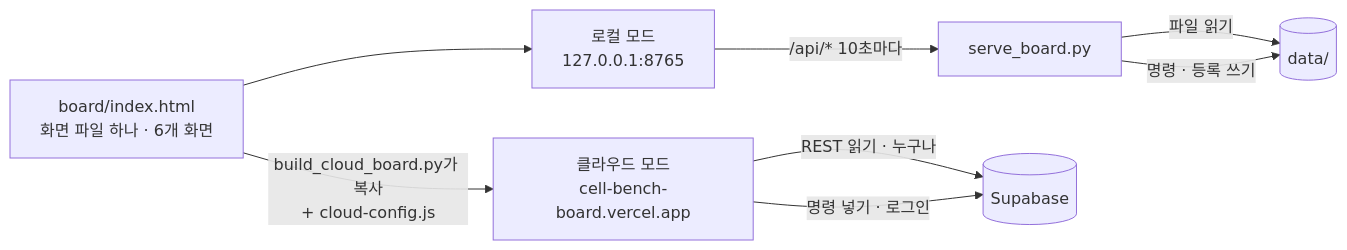
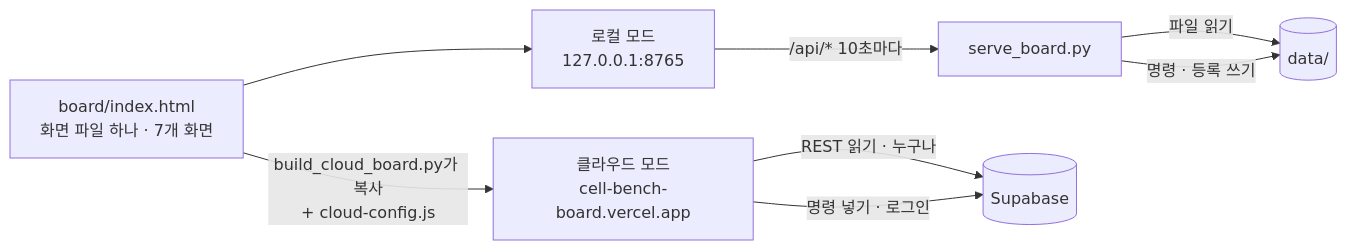
One commit to GeonwooKim-fitogether/QA-Automation-Test-Room changed diagram 11 of 21 in cell-bench/docs/system-map.md. Above: the diagram before and after it, drawn with Mermaid. The commit also changed other lines of this file and 4 other files, not shown here.

````diff
--- a/cell-bench/docs/system-map.md
+++ b/cell-bench/docs/system-map.md
@@ -387,11 +387,11 @@
 ```mermaid
 flowchart LR
-  html["board/index.html<br/>화면 파일 하나 · 6개 화면"]
+  html["board/index.html<br/>화면 파일 하나 · 7개 화면"]
   html --> L["로컬 모드<br/>127.0.0.1:8765"]
   html -->|"build_cloud_board.py가 복사<br/>+ cloud-config.js"| C["클라우드 모드<br/>cell-bench-board.vercel.app"]
   L -->|"/api/* 10초마다"| srv["serve_board.py"]
   srv -->|"파일 읽기"| d[("data/")]
   srv -->|"명령 · 등록 쓰기"| d
   C -->|"REST 읽기 · 누구나"| sb[("Supabase")]
   C -->|"명령 넣기 · 로그인"| sb
 ```
````
